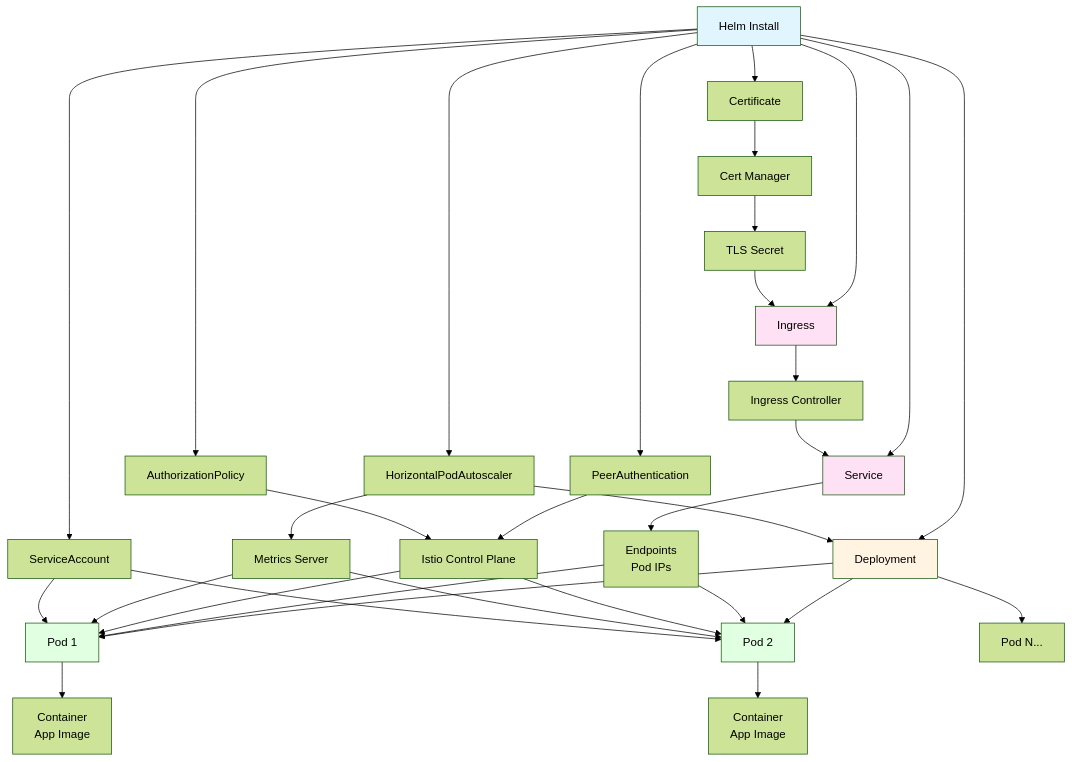
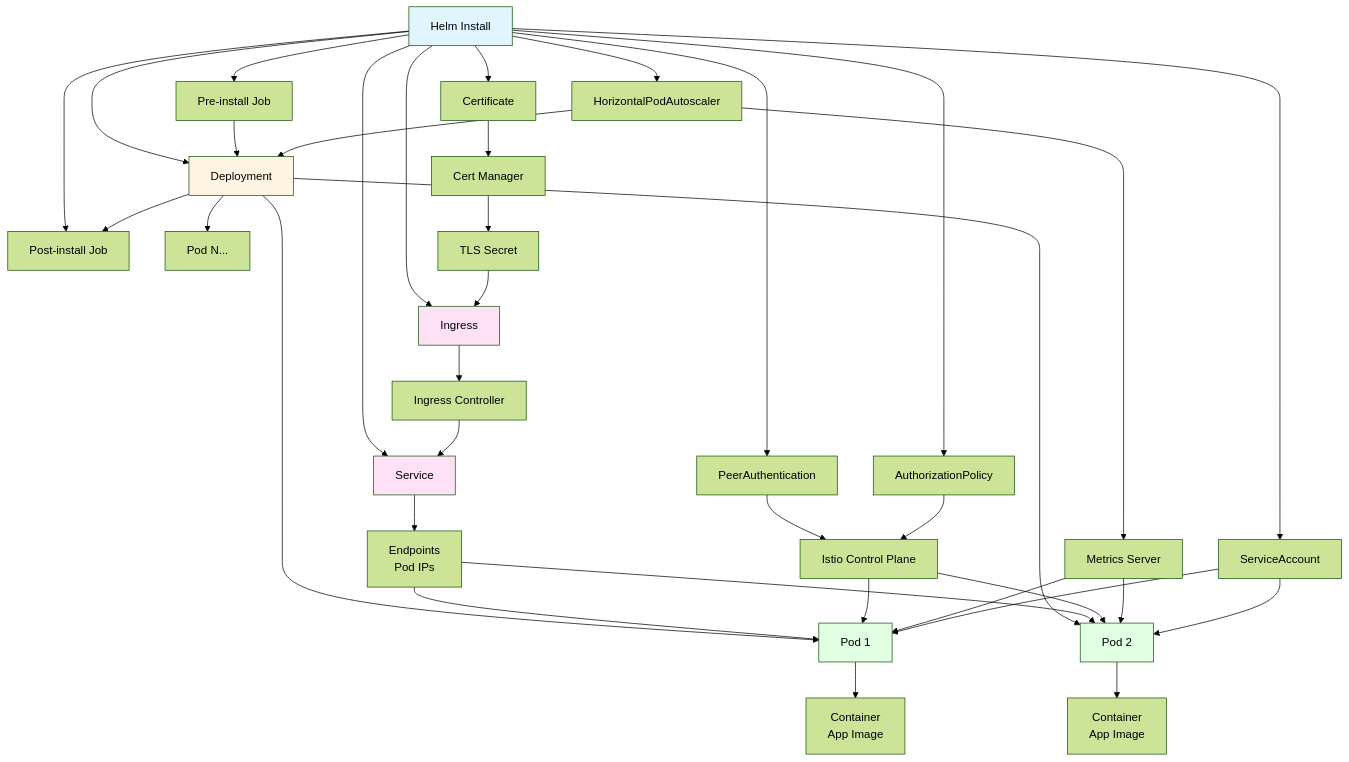
One commit to caretak3r/helm-factory changed diagram 14 of 20 in DIAGRAMS.md. Above: the diagram before and after it, drawn with Mermaid (forest theme). The commit also changed other lines of this file and 16 other files, not shown here.

````diff
--- a/DIAGRAMS.md
+++ b/DIAGRAMS.md
@@ -871,49 +885,53 @@
 ```mermaid
 graph TD
     HELM[Helm Install] --> DEPLOY[Deployment]
     HELM --> SVC[Service]
     HELM --> ING[Ingress]
     HELM --> CERT[Certificate]
     HELM --> MTLS[PeerAuthentication]
     HELM --> AUTHZ[AuthorizationPolicy]
     HELM --> HPA[HorizontalPodAutoscaler]
     HELM --> SA[ServiceAccount]
+    HELM --> PREJOB[Pre-install Job]
+    HELM --> POSTJOB[Post-install Job]
     
+    PREJOB --> DEPLOY
     DEPLOY --> POD1[Pod 1]
     DEPLOY --> POD2[Pod 2]
     DEPLOY --> POD3[Pod N...]
+    DEPLOY --> POSTJOB
     
     POD1 --> CONTAINER1[Container<br/>App Image]
     POD2 --> CONTAINER2[Container<br/>App Image]
     
     SVC --> ENDPOINTS1[Endpoints<br/>Pod IPs]
     ENDPOINTS1 --> POD1
     ENDPOINTS1 --> POD2
     
     ING --> INGCTRL[Ingress Controller]
     INGCTRL --> SVC
     
     CERT --> CERTMGR[Cert Manager]
     CERTMGR --> SECRET1[TLS Secret]
     SECRET1 --> ING
     
     MTLS --> ISTIO[Istio Control Plane]
     AUTHZ --> ISTIO
     ISTIO --> POD1
     ISTIO --> POD2
     
     HPA --> METRICS[Metrics Server]
     METRICS --> POD1
     METRICS --> POD2
     HPA --> DEPLOY
     
     SA --> POD1
     SA --> POD2
     
     style HELM fill:#e1f5ff
     style DEPLOY fill:#fff4e1
     style POD1 fill:#e1ffe1
     style POD2 fill:#e1ffe1
     style SVC fill:#ffe1f5
     style ING fill:#ffe1f5
 ```
````
